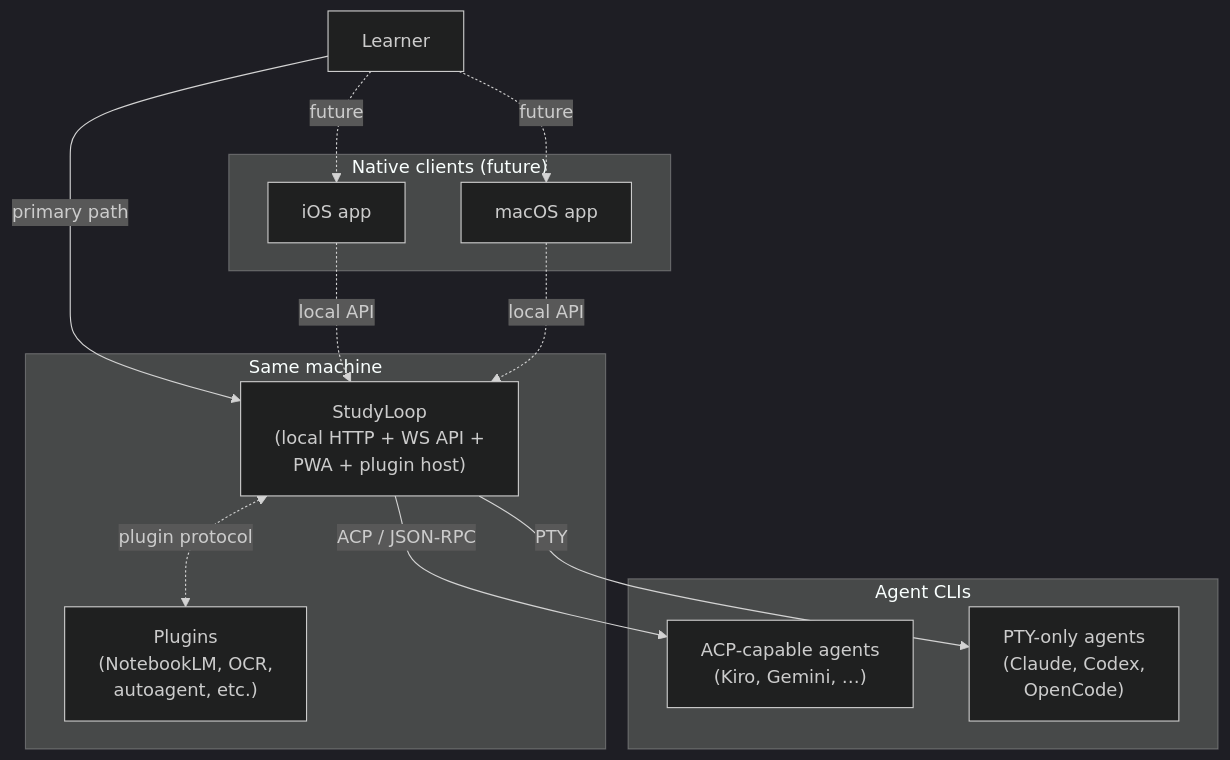
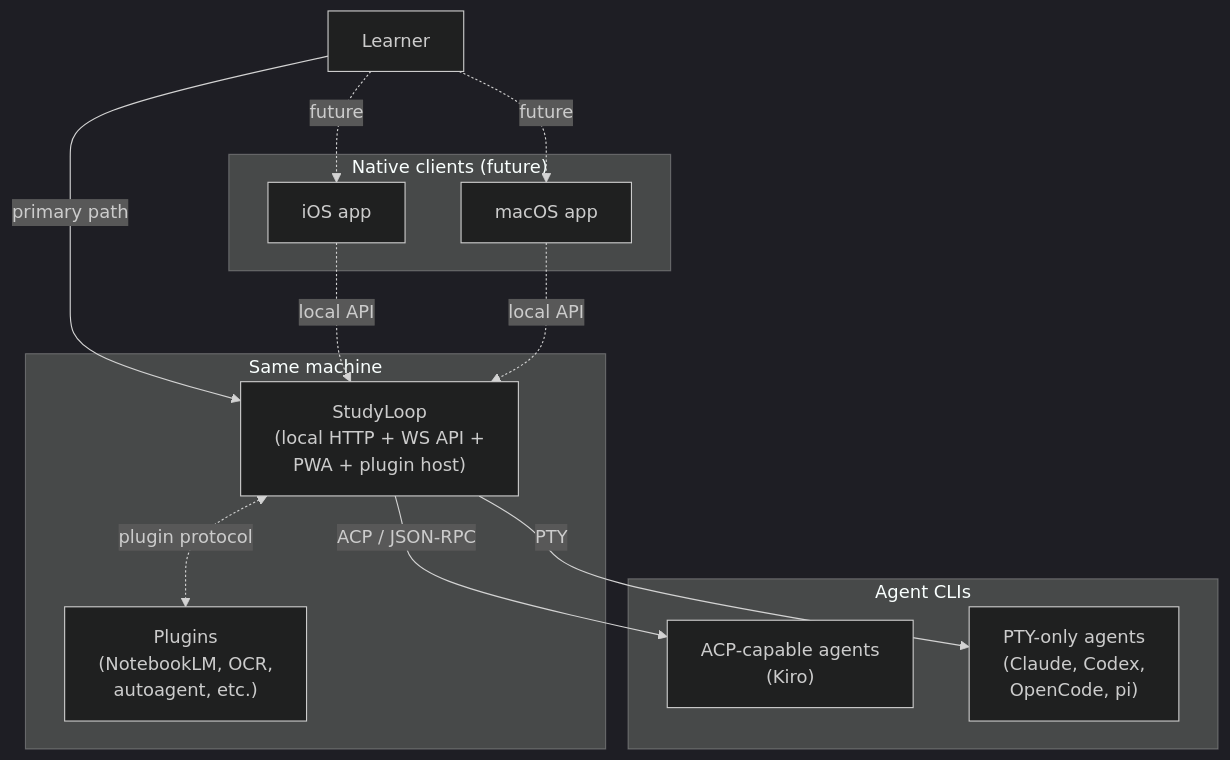
The first of 2 diagrams in docs/architecture/target.md (NetDevAutomate/StudyLoop), drawn with Mermaid (dark theme) before and after one commit. The commit also changed other lines of this file and 3 other files, not shown here.

First line of the commit message:
fix(R-65): remove Gemini as a mentor from the architecture docs

````diff
--- a/docs/architecture/target.md
+++ b/docs/architecture/target.md
@@ -17,28 +18,28 @@
 ```mermaid
 flowchart TB
     Learner["Learner"]
 
     subgraph "Same machine"
       StudyLoop["StudyLoop<br/>(local HTTP + WS API +<br/>PWA + plugin host)"]
       Plugins["Plugins<br/>(NotebookLM, OCR,<br/>autoagent, etc.)"]
     end
 
     subgraph "Native clients (future)"
       iOS["iOS app"]
       macOS["macOS app"]
     end
 
     subgraph "Agent CLIs"
-      ACPAgents["ACP-capable agents<br/>(Kiro, Gemini, …)"]
-      PTYAgents["PTY-only agents<br/>(Claude, Codex,<br/>OpenCode)"]
+      ACPAgents["ACP-capable agents<br/>(Kiro)"]
+      PTYAgents["PTY-only agents<br/>(Claude, Codex,<br/>OpenCode, pi)"]
     end
 
     Learner -->|"primary path"| StudyLoop
     Learner -.->|"future"| iOS
     Learner -.->|"future"| macOS
     iOS -.->|"local API"| StudyLoop
     macOS -.->|"local API"| StudyLoop
     StudyLoop -->|"ACP / JSON-RPC"| ACPAgents
     StudyLoop -->|"PTY"| PTYAgents
     StudyLoop <-.->|"plugin protocol"| Plugins
 ```
````
